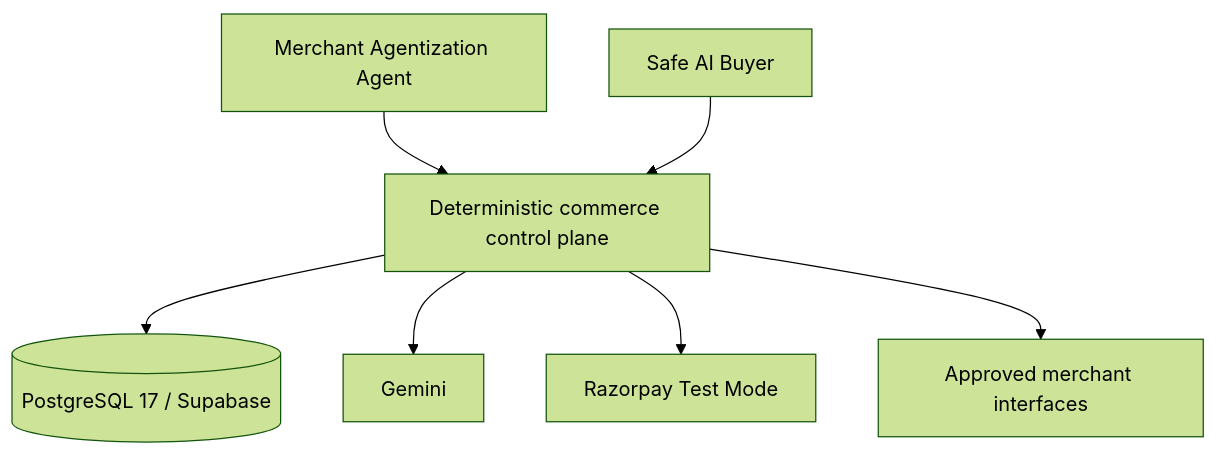
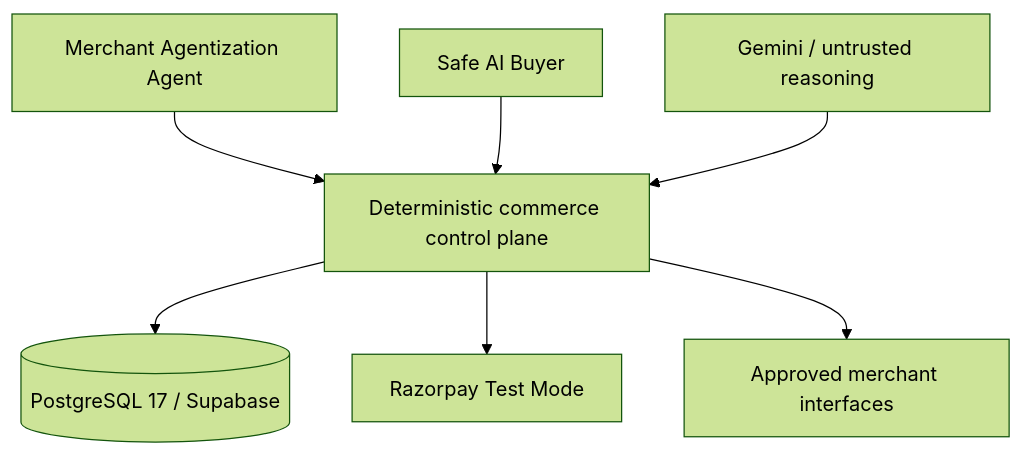
The diagram in README.md (Mahaboob-Ashraf/Agentic-Commerce-Gateway), drawn with Mermaid (forest theme) before and after one commit. The commit also changed other lines of this file, not shown here.

````diff
--- a/README.md
+++ b/README.md
@@ -583,17 +626,17 @@
 ```mermaid
 
 flowchart TB
 
     M[Merchant Agentization Agent] --> C[Deterministic commerce control plane]
 
     B[Safe AI Buyer] --> C
 
     C --> P[(PostgreSQL 17 / Supabase)]
 
-    C --> G[Gemini]
+    G[Gemini / untrusted reasoning] --> C
 
     C --> R[Razorpay Test Mode]
 
     C --> I[Approved merchant interfaces]
 
 ```
````
